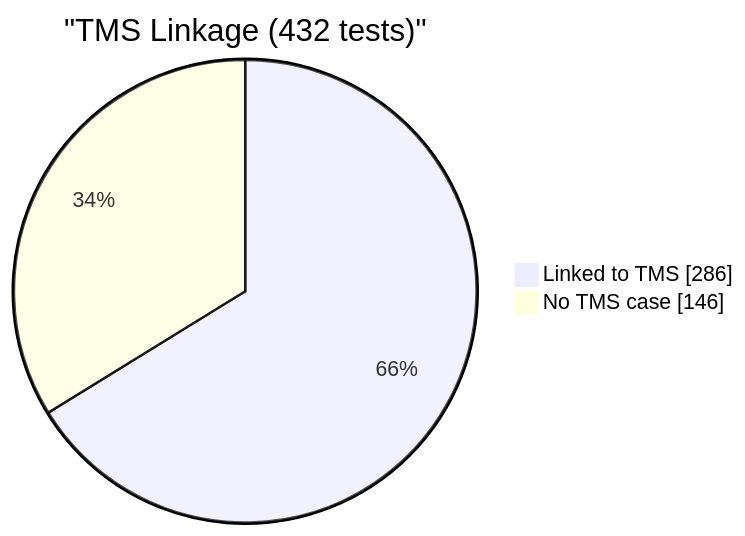
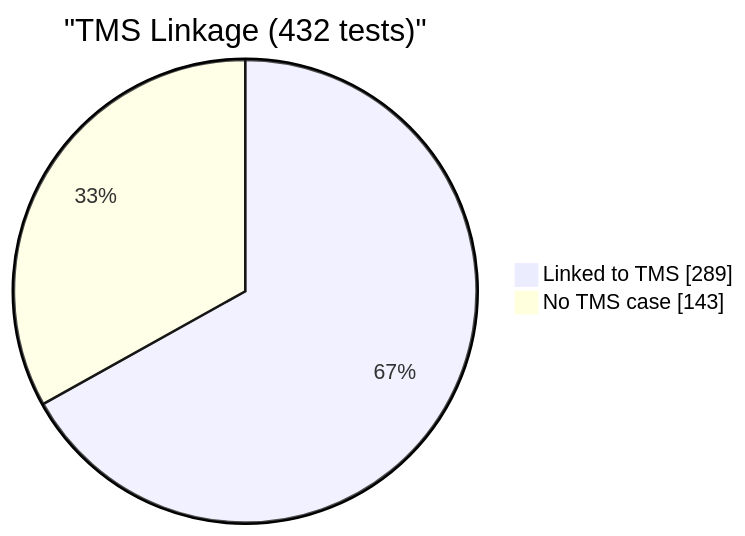
One commit to EliteaAI/onetest-ai-tm-Elitea changed the fourth of 4 diagrams in reports/dashboard.md. Above: the diagram before and after it, drawn with Mermaid. The commit also changed other lines of this file and 1 other file, not shown here.

````diff
--- a/reports/dashboard.md
+++ b/reports/dashboard.md
@@ -76,6 +77,6 @@
 ```mermaid
 pie showData
     title "TMS Linkage (432 tests)"
-    "Linked to TMS" : 286
-    "No TMS case" : 146
+    "Linked to TMS" : 289
+    "No TMS case" : 143
 ```
````
